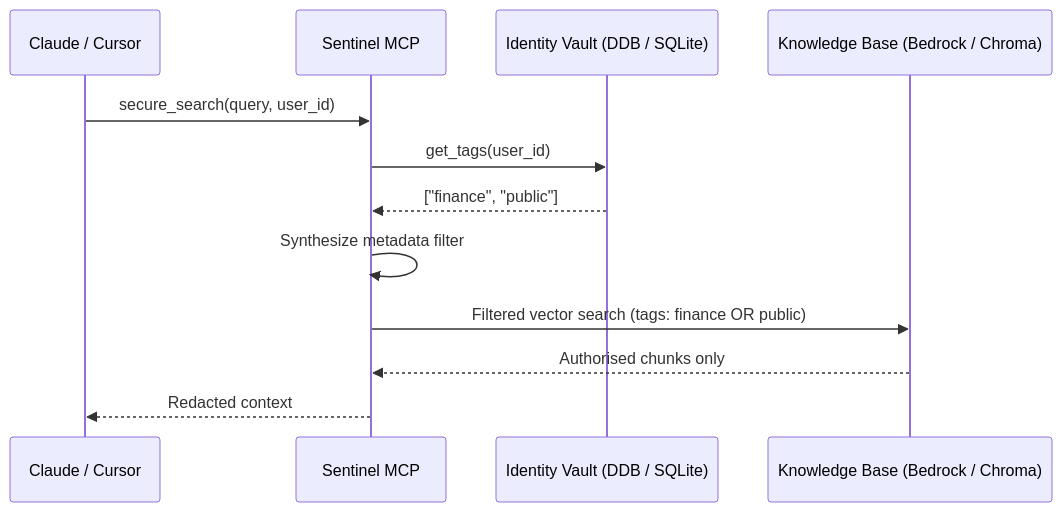
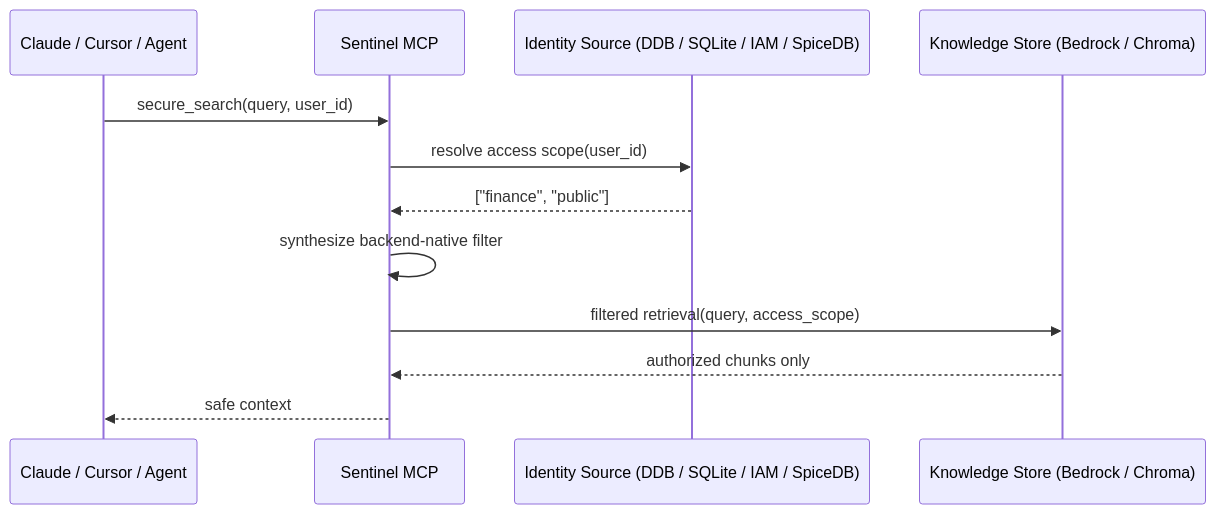
Before and after one commit to aashishravindran/Sentinel: the diagram in README.md, drawn with Mermaid. The commit also changed other lines of this file, not shown here.

````diff
--- a/README.md
+++ b/README.md
@@ -27,15 +73,15 @@
 ```mermaid
 sequenceDiagram
-    participant AI as Claude / Cursor
+    participant AI as Claude / Cursor / Agent
     participant S as Sentinel MCP
-    participant IV as Identity Vault (DDB / SQLite)
-    participant KB as Knowledge Base (Bedrock / Chroma)
+    participant I as Identity Source (DDB / SQLite / IAM / SpiceDB)
+    participant K as Knowledge Store (Bedrock / Chroma)
 
     AI->>S: secure_search(query, user_id)
-    S->>IV: get_tags(user_id)
-    IV-->>S: ["finance", "public"]
-    S->>S: Synthesize metadata filter
-    S->>KB: Filtered vector search (tags: finance OR public)
-    KB-->>S: Authorised chunks only
-    S-->>AI: Redacted context
+    S->>I: resolve access scope(user_id)
+    I-->>S: ["finance", "public"]
+    S->>S: synthesize backend-native filter
+    S->>K: filtered retrieval(query, access_scope)
+    K-->>S: authorized chunks only
+    S-->>AI: safe context
 ```
````
